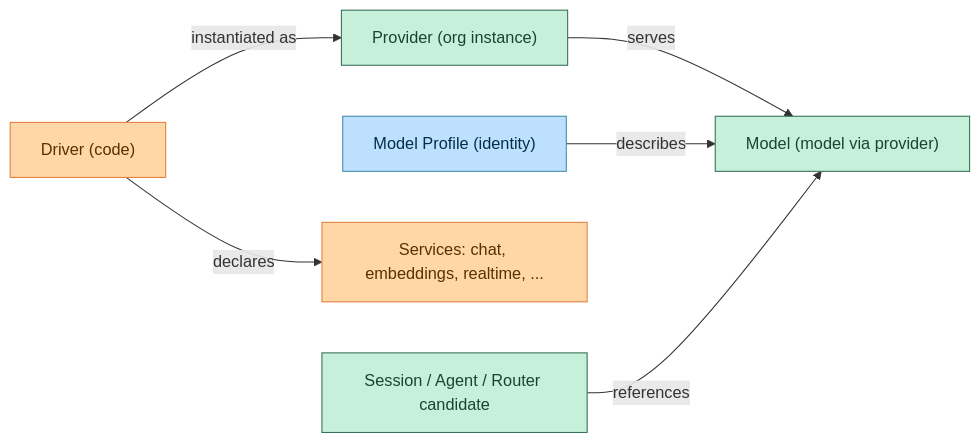
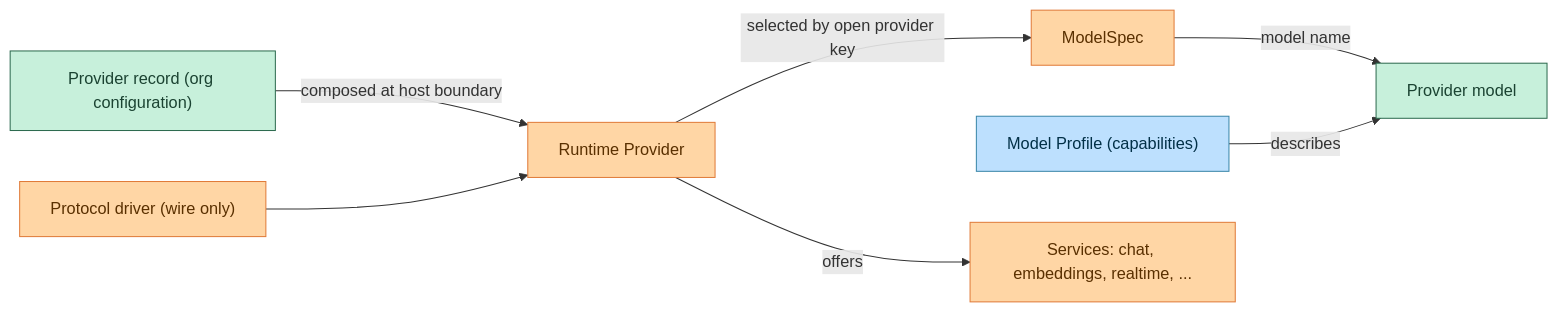
One commit to everruns/everruns changed the diagram in knowledge/foundations/providers.md. Above: the diagram before and after it, drawn with Mermaid. The commit also changed other lines of this file and 89 other files, not shown here.

````diff
--- a/knowledge/foundations/providers.md
+++ b/knowledge/foundations/providers.md
@@ -30,17 +34,18 @@
 ```mermaid
 graph LR
-    Driver["Driver (code)"] -->|instantiated as| Provider["Provider (org instance)"]
-    Provider -->|serves| Model["Model (model via provider)"]
-    Profile["Model Profile (identity)"] -->|describes| Model
-    Driver -->|declares| Service["Services: chat, embeddings, realtime, ..."]
-
-    Binding["Session / Agent / Router candidate"] -->|references| Model
+    Record["Provider record (org configuration)"] -->|composed at host boundary| Provider["Runtime Provider"]
+    Driver["Protocol driver (wire only)"] --> Provider
+    Provider -->|selected by open provider key| Spec["ModelSpec"]
+    Spec -->|model name| Model["Provider model"]
+    Profile["Model Profile (capabilities)"] -->|describes| Model
+    Provider -->|offers| Service["Services: chat, embeddings, realtime, ..."]
 
     classDef code fill:#ffd6a5,stroke:#e07b39,color:#5a3000
     classDef org fill:#c7f0db,stroke:#2d6a4f,color:#1b4332
     classDef catalog fill:#bde0fe,stroke:#3a86a8,color:#023047
 
     class Driver,Service code
-    class Provider,Model,Binding org
+    class Record,Model org
+    class Provider,Spec code
     class Profile catalog
 ```
````
